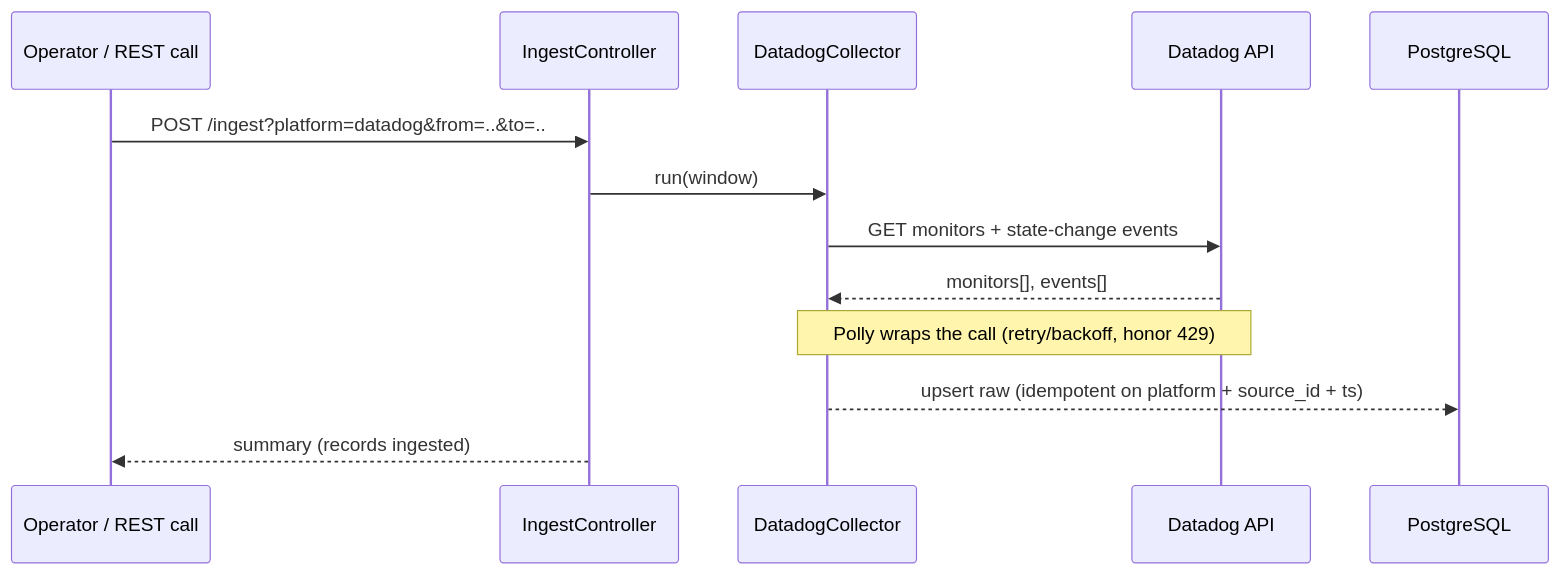
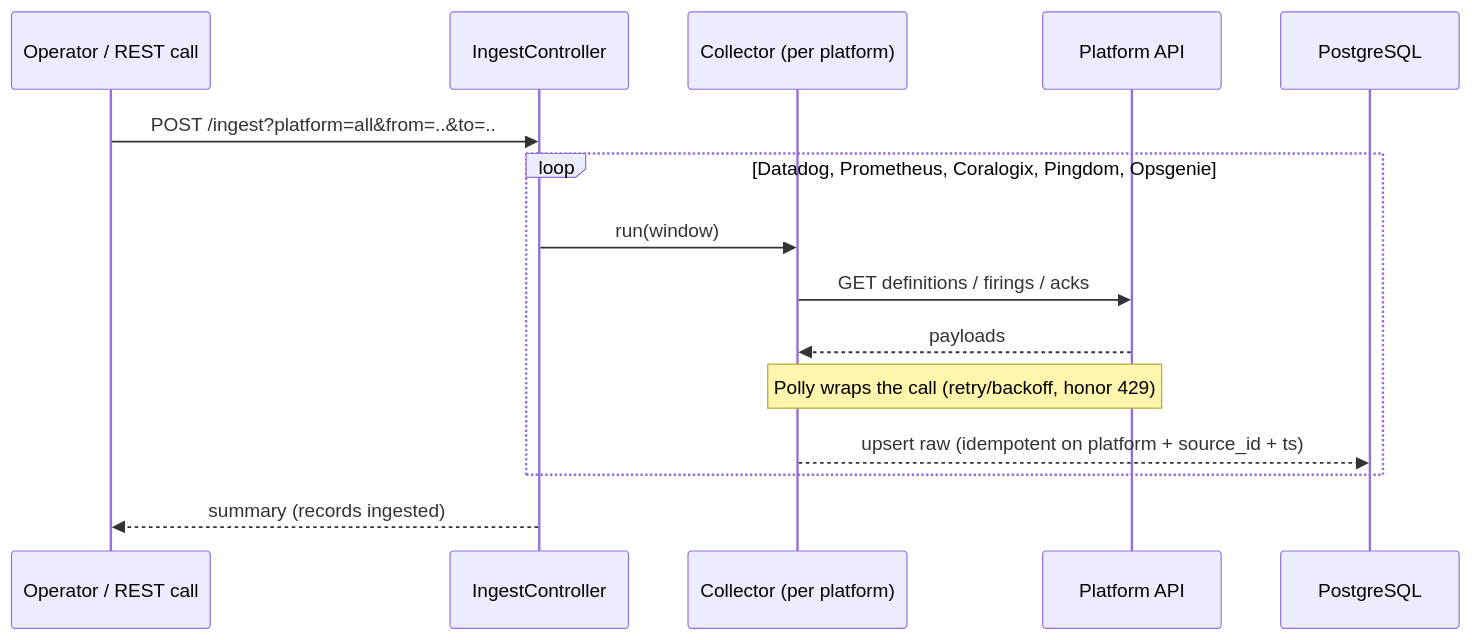
Before and after one commit to giorgikumelashvili-afk/unified-alerts-dashborad-mockup: the second of 3 diagrams in docs/architecture.md, drawn with Mermaid. The commit also changed other lines of this file and 8 other files, not shown here.

````diff
--- a/docs/architecture.md
+++ b/docs/architecture.md
@@ -54,15 +54,17 @@
 ```mermaid
 sequenceDiagram
     participant User as Operator / REST call
     participant Ing as IngestController
-    participant Col as DatadogCollector
-    participant DD as Datadog API
+    participant Col as Collector (per platform)
+    participant Ext as Platform API
     participant Store as PostgreSQL
-    User->>Ing: POST /ingest?platform=datadog&from=..&to=..
-    Ing->>Col: run(window)
-    Col->>DD: GET monitors + state-change events
-    DD-->>Col: monitors[], events[]
-    Note over Col,DD: Polly wraps the call (retry/backoff, honor 429)
-    Col-->>Store: upsert raw (idempotent on platform + source_id + ts)
+    User->>Ing: POST /ingest?platform=all&from=..&to=..
+    loop Datadog, Prometheus, Coralogix, Pingdom, Opsgenie
+        Ing->>Col: run(window)
+        Col->>Ext: GET definitions / firings / acks
+        Ext-->>Col: payloads
+        Note over Col,Ext: Polly wraps the call (retry/backoff, honor 429)
+        Col-->>Store: upsert raw (idempotent on platform + source_id + ts)
+    end
     Ing-->>User: summary (records ingested)
 ```
````
